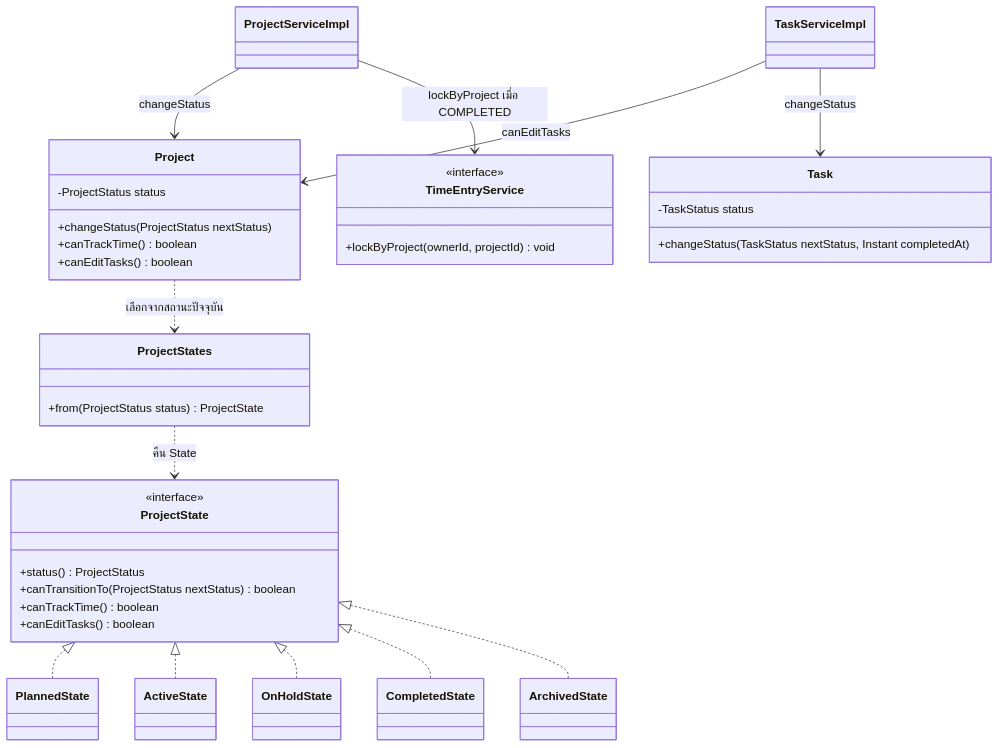
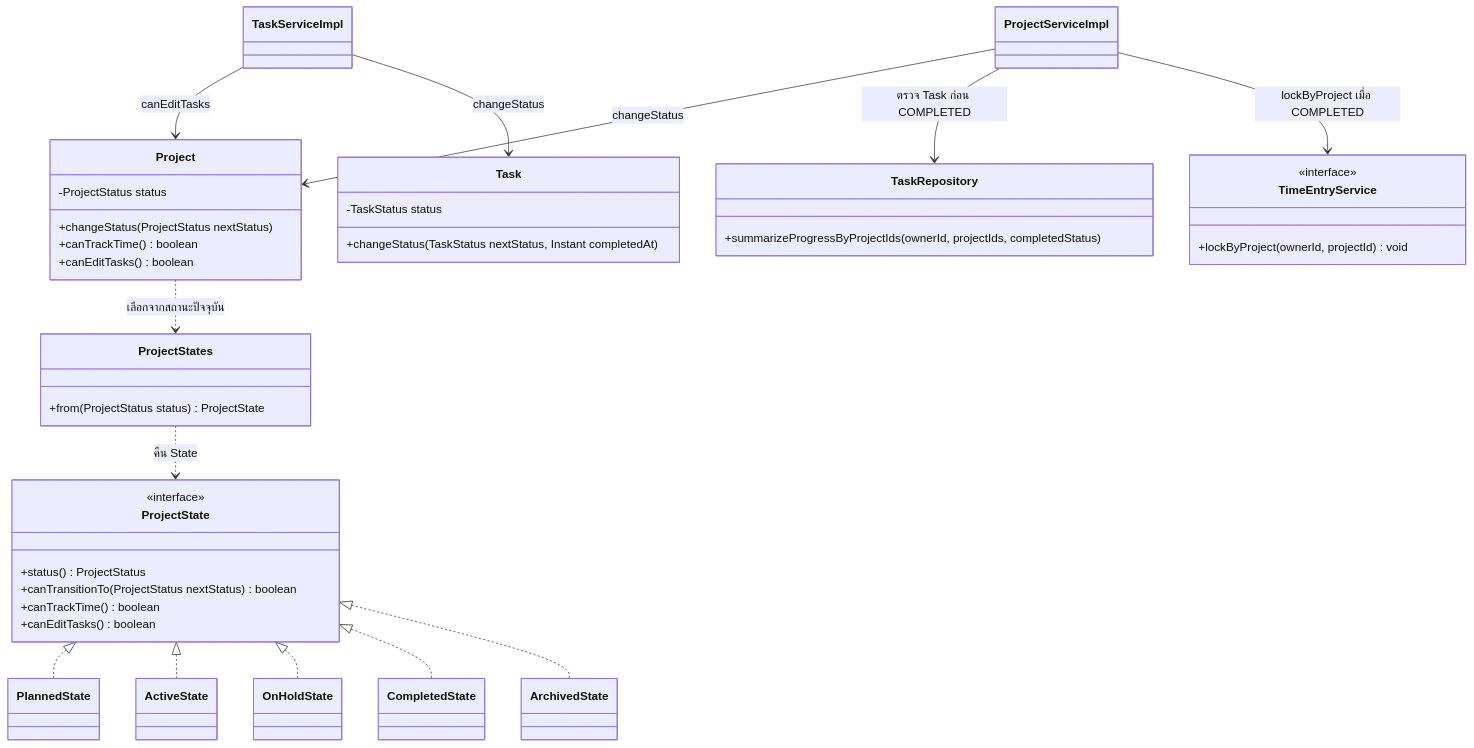
One commit to lillianxhub/freelance-hub changed the first of 3 diagrams in doc/V1/DESIGN/kantavit-design.md. Above: the diagram before and after it, drawn with Mermaid. The commit also changed other lines of this file and 2 other files, not shown here.

````diff
--- a/doc/V1/DESIGN/kantavit-design.md
+++ b/doc/V1/DESIGN/kantavit-design.md
@@ -20,45 +20,49 @@
 ```mermaid
 classDiagram
     class Project {
         -ProjectStatus status
         +changeStatus(ProjectStatus nextStatus)
         +canTrackTime() boolean
         +canEditTasks() boolean
     }
     class ProjectStates {
         +from(ProjectStatus status) ProjectState
     }
     class ProjectState {
         <<interface>>
         +status() ProjectStatus
         +canTransitionTo(ProjectStatus nextStatus) boolean
         +canTrackTime() boolean
         +canEditTasks() boolean
     }
     class PlannedState
     class ActiveState
     class OnHoldState
     class CompletedState
     class ArchivedState
     class ProjectServiceImpl
     class TaskServiceImpl
     class Task {
         -TaskStatus status
         +changeStatus(TaskStatus nextStatus, Instant completedAt)
     }
     class TimeEntryService {
         <<interface>>
         +lockByProject(ownerId, projectId) void
     }
+    class TaskRepository {
+        +summarizeProgressByProjectIds(ownerId, projectIds, completedStatus)
+    }
     Project ..> ProjectStates : เลือกจากสถานะปัจจุบัน
     ProjectStates ..> ProjectState : คืน State
     ProjectState <|.. PlannedState
     ProjectState <|.. ActiveState
     ProjectState <|.. OnHoldState
     ProjectState <|.. CompletedState
     ProjectState <|.. ArchivedState
     ProjectServiceImpl --> Project : changeStatus
+    ProjectServiceImpl --> TaskRepository : ตรวจ Task ก่อน COMPLETED
     ProjectServiceImpl --> TimeEntryService : lockByProject เมื่อ COMPLETED
     TaskServiceImpl --> Project : canEditTasks
     TaskServiceImpl --> Task : changeStatus
 ```
````
